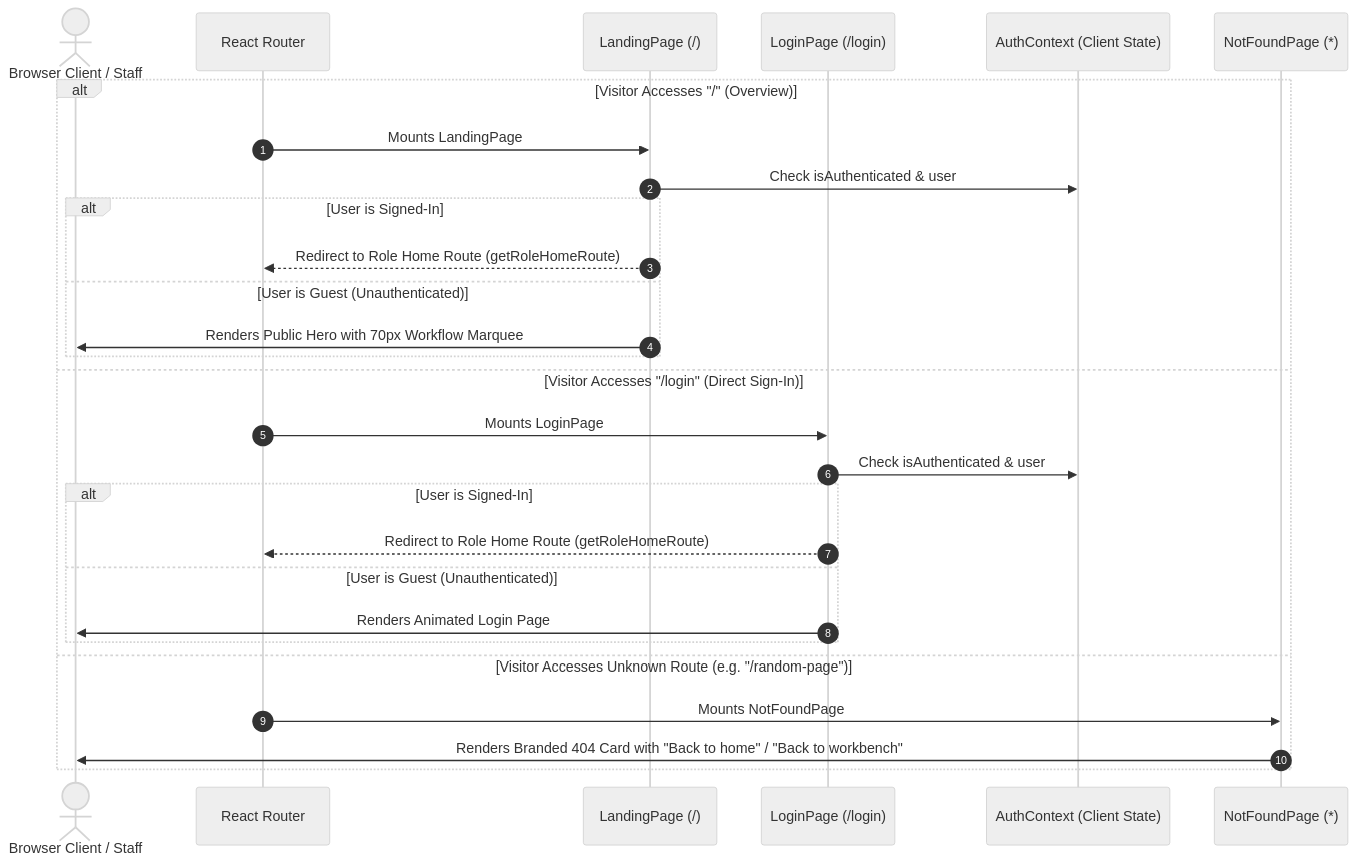
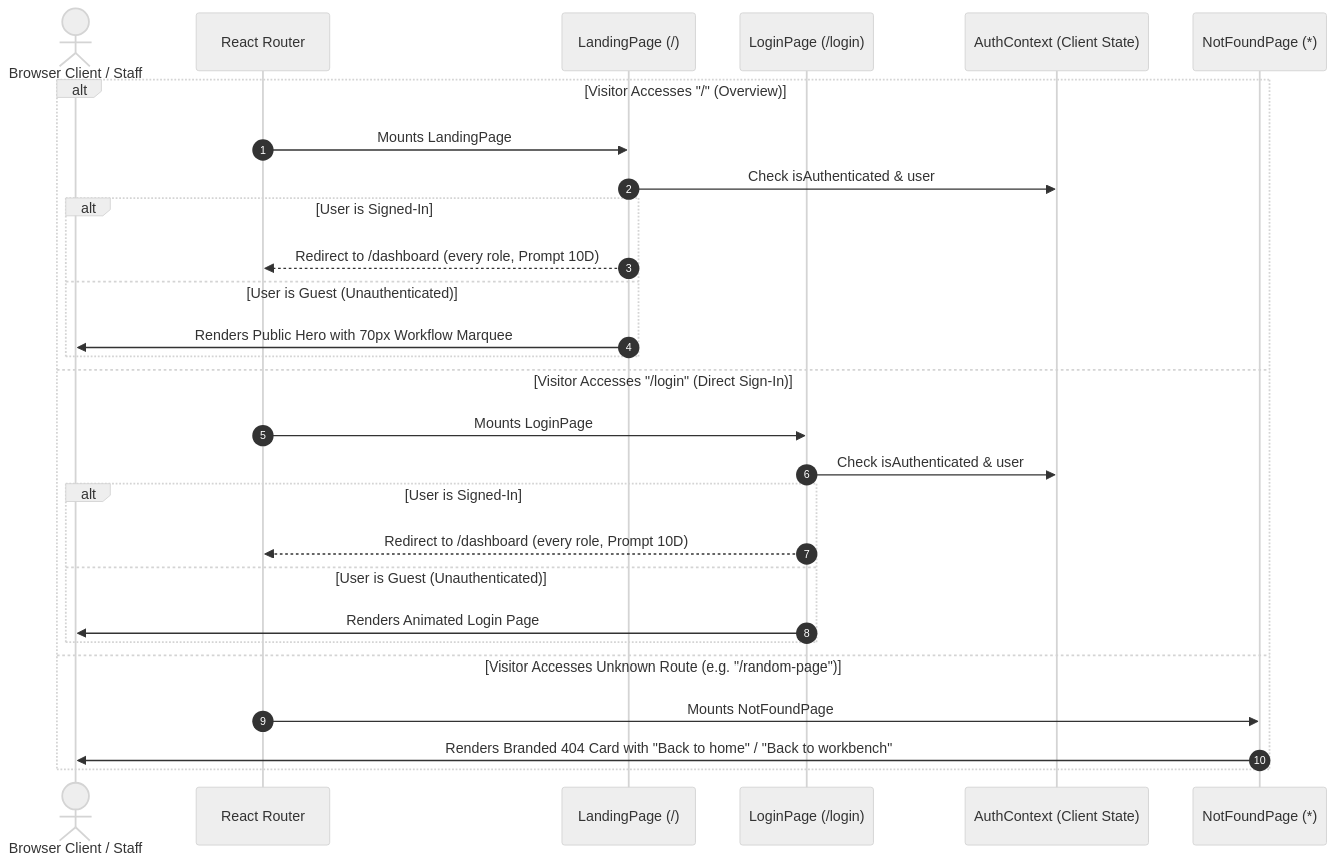
The third of 5 diagrams in docs/WORKFLOWS.md (Wasihub1/medscope_dcms), drawn with Mermaid (neutral theme) before and after one commit. The commit also changed other lines of this file and 225 other files, not shown here.

````diff
--- a/docs/WORKFLOWS.md
+++ b/docs/WORKFLOWS.md
@@ -193,31 +229,31 @@
 ```mermaid
 sequenceDiagram
     autonumber
     actor Visitor as Browser Client / Staff
     participant Router as React Router
     participant Land as LandingPage (/)
     participant Log as LoginPage (/login)
     participant Auth as AuthContext (Client State)
     participant Err as NotFoundPage (*)
 
     alt Visitor Accesses "/" (Overview)
         Router->>Land: Mounts LandingPage
         Land->>Auth: Check isAuthenticated & user
         alt User is Signed-In
-            Land-->>Router: Redirect to Role Home Route (getRoleHomeRoute)
+            Land-->>Router: Redirect to /dashboard (every role, Prompt 10D)
         else User is Guest (Unauthenticated)
             Land->>Visitor: Renders Public Hero with 70px Workflow Marquee
         end
     else Visitor Accesses "/login" (Direct Sign-In)
         Router->>Log: Mounts LoginPage
         Log->>Auth: Check isAuthenticated & user
         alt User is Signed-In
-            Log-->>Router: Redirect to Role Home Route (getRoleHomeRoute)
+            Log-->>Router: Redirect to /dashboard (every role, Prompt 10D)
         else User is Guest (Unauthenticated)
             Log->>Visitor: Renders Animated Login Page
         end
     else Visitor Accesses Unknown Route (e.g. "/random-page")
         Router->>Err: Mounts NotFoundPage
         Err->>Visitor: Renders Branded 404 Card with "Back to home" / "Back to workbench"
     end
 ```
````
